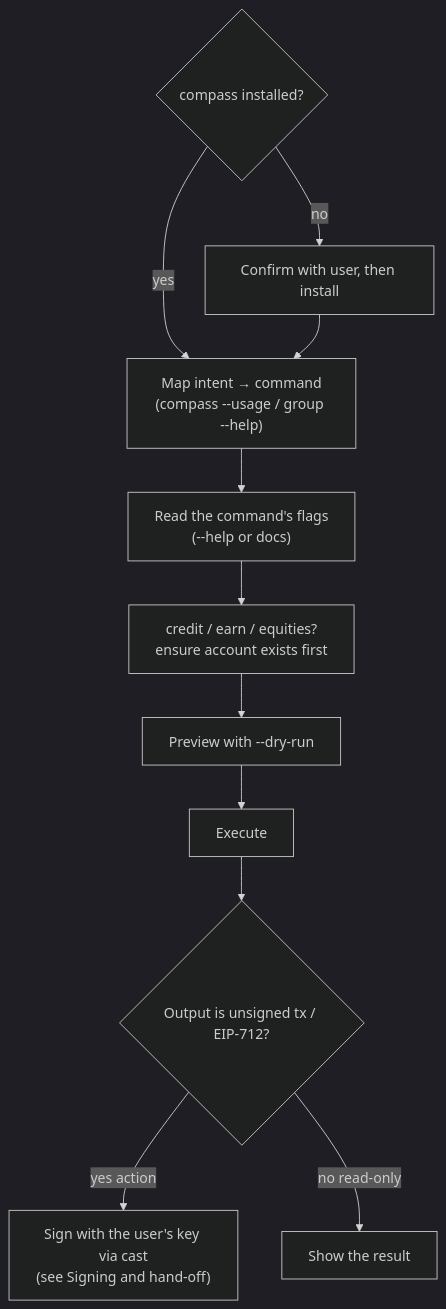
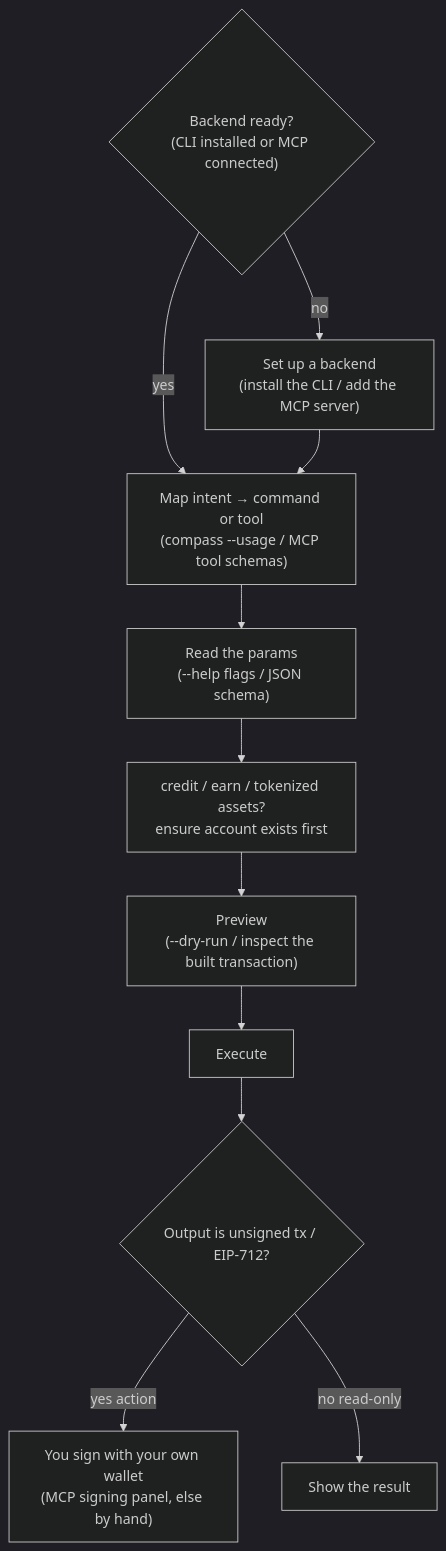
Before and after one commit to CompassLabs/compass-agent-skill: the diagram in README.md, drawn with Mermaid (dark theme). The commit also changed other lines of this file and 13 other files, not shown here.

````diff
--- a/README.md
+++ b/README.md
@@ -45,13 +47,13 @@
 ```mermaid
 flowchart TD
-    A{"compass installed?"} -->|no| B["Confirm with user, then install"]
-    A -->|yes| C["Map intent → command<br/>(compass --usage / group --help)"]
+    A{"Backend ready?<br/>(CLI installed or MCP connected)"} -->|no| B["Set up a backend<br/>(install the CLI / add the MCP server)"]
+    A -->|yes| C["Map intent → command or tool<br/>(compass --usage / MCP tool schemas)"]
     B --> C
-    C --> D["Read the command's flags<br/>(--help or docs)"]
-    D --> E["credit / earn / equities?<br/>ensure account exists first"]
-    E --> F["Preview with --dry-run"]
+    C --> D["Read the params<br/>(--help flags / JSON schema)"]
+    D --> E["credit / earn / tokenized assets?<br/>ensure account exists first"]
+    E --> F["Preview<br/>(--dry-run / inspect the built transaction)"]
     F --> G["Execute"]
     G --> H{"Output is unsigned tx / EIP-712?"}
-    H -->|yes action| I["Sign with the user's key via cast<br/>(see Signing and hand-off)"]
+    H -->|yes action| I["You sign with your own wallet<br/>(MCP signing panel, else by hand)"]
     H -->|no read-only| J["Show the result"]
 ```
````
